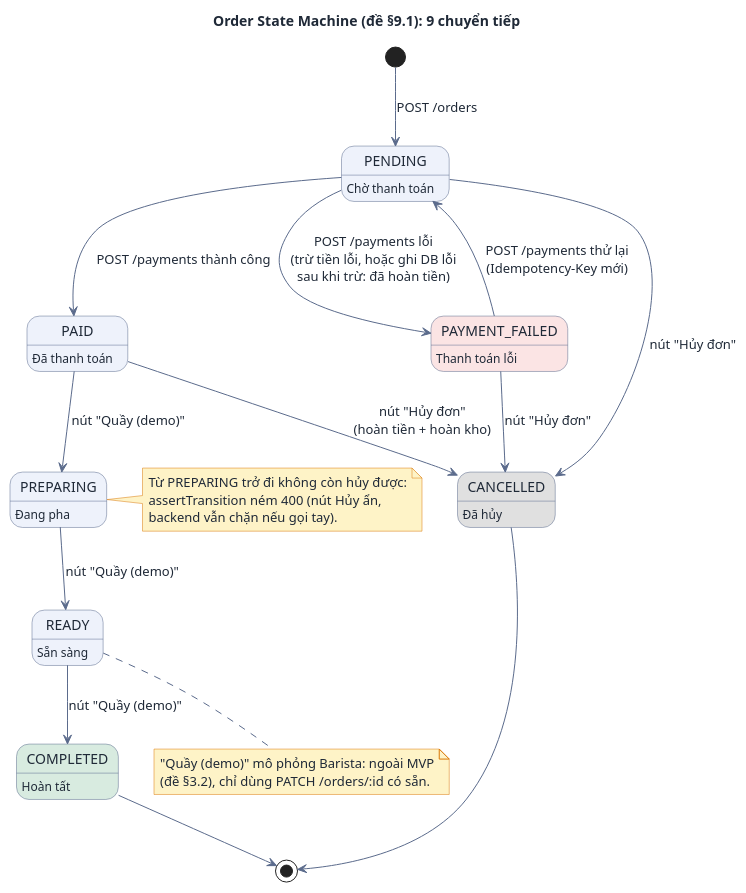
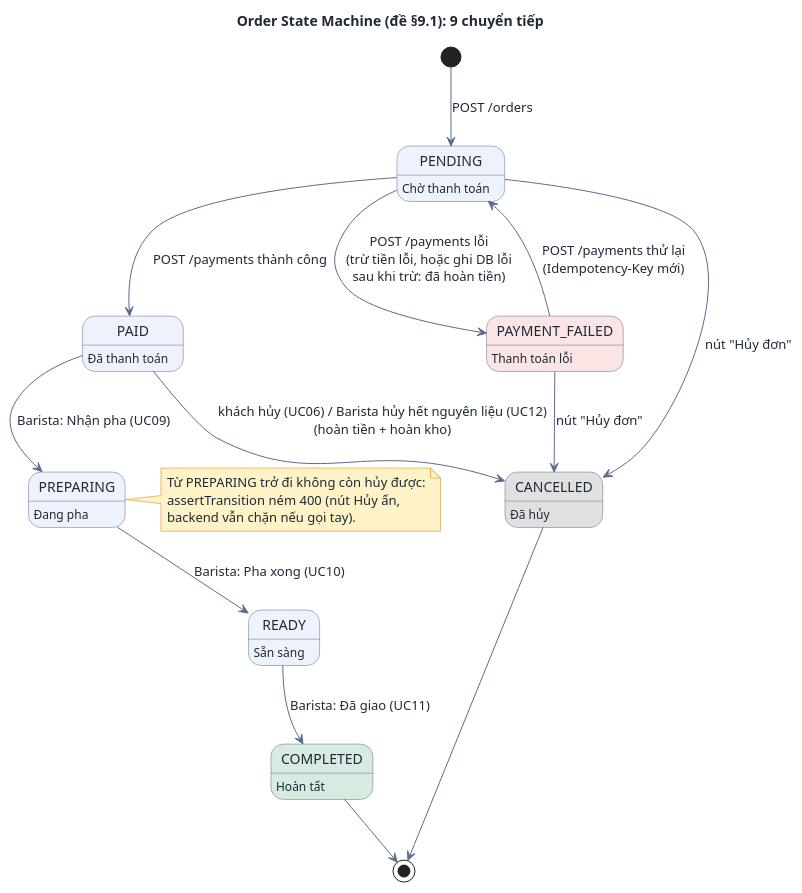
The sixth of 9 diagrams in docs/user-sequence-specifications.md (DuVinhLoi/BrewLite), drawn with PlantUML before and after one commit. The commit also changed other lines of this file and 4 other files, not shown here.

Commit message:
docs: dong bo Barista/Admin - use case goc (UC08-UC12, UC14 hien thuc; UC13, UC15 backlog), sequence §2.7 §2.8, so do trang thai

````diff
--- a/docs/user-sequence-specifications.md
+++ b/docs/user-sequence-specifications.md
@@ -547,51 +535,47 @@
 ```plantuml
 @startuml
 skinparam DefaultFontColor #1f2937
 skinparam ArrowColor #5b6b8c
 skinparam StateBackgroundColor #eef2fb
 skinparam StateBorderColor #5b6b8c
 skinparam NoteBackgroundColor #fef3c7
 skinparam NoteBorderColor #d97706
 
 title Order State Machine (đề §9.1): 9 chuyển tiếp
 
 state PENDING
 state PAID
 state PREPARING
 state READY
 state COMPLETED #d8ebe0
 state PAYMENT_FAILED #fbe4e4
 state CANCELLED #e0e0e0
 
 PENDING : Chờ thanh toán
 PAID : Đã thanh toán
 PREPARING : Đang pha
 READY : Sẵn sàng
 COMPLETED : Hoàn tất
 PAYMENT_FAILED : Thanh toán lỗi
 CANCELLED : Đã hủy
 
 [*] --> PENDING : POST /orders
 PENDING --> PAID : POST /payments thành công
 PENDING --> PAYMENT_FAILED : POST /payments lỗi\n(trừ tiền lỗi, hoặc ghi DB lỗi\nsau khi trừ: đã hoàn tiền)
 PAYMENT_FAILED --> PENDING : POST /payments thử lại\n(Idempotency-Key mới)
 PENDING --> CANCELLED : nút "Hủy đơn"
 PAYMENT_FAILED --> CANCELLED : nút "Hủy đơn"
-PAID --> CANCELLED : nút "Hủy đơn"\n(hoàn tiền + hoàn kho)
-PAID --> PREPARING : nút "Quầy (demo)"
-PREPARING --> READY : nút "Quầy (demo)"
-READY --> COMPLETED : nút "Quầy (demo)"
+PAID --> CANCELLED : khách hủy (UC06) / Barista hủy hết nguyên liệu (UC12)\n(hoàn tiền + hoàn kho)
+PAID --> PREPARING : Barista: Nhận pha (UC09)
+PREPARING --> READY : Barista: Pha xong (UC10)
+READY --> COMPLETED : Barista: Đã giao (UC11)
 COMPLETED --> [*]
 CANCELLED --> [*]
 
 note right of PREPARING
   Từ PREPARING trở đi không còn hủy được:
   assertTransition ném 400 (nút Hủy ẩn,
   backend vẫn chặn nếu gọi tay).
 end note
-note bottom of READY
-  "Quầy (demo)" mô phỏng Barista: ngoài MVP
-  (đề §3.2), chỉ dùng PATCH /orders/:id có sẵn.
-end note
 @enduml
 ```
````
